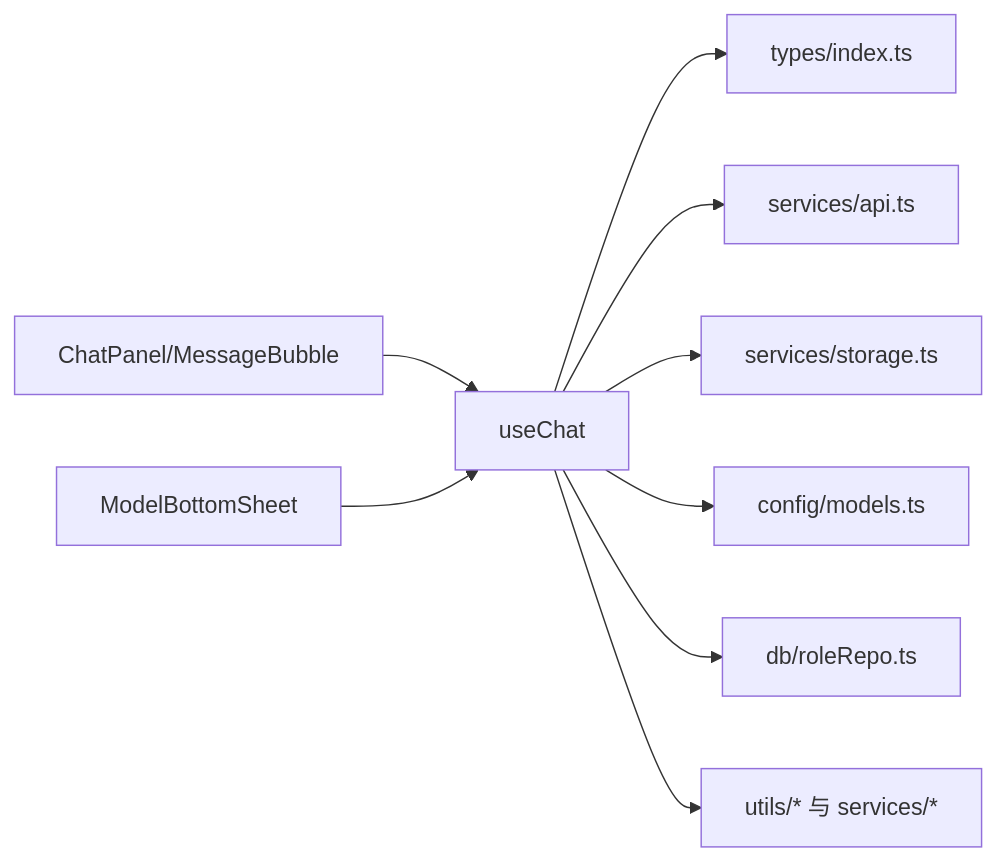
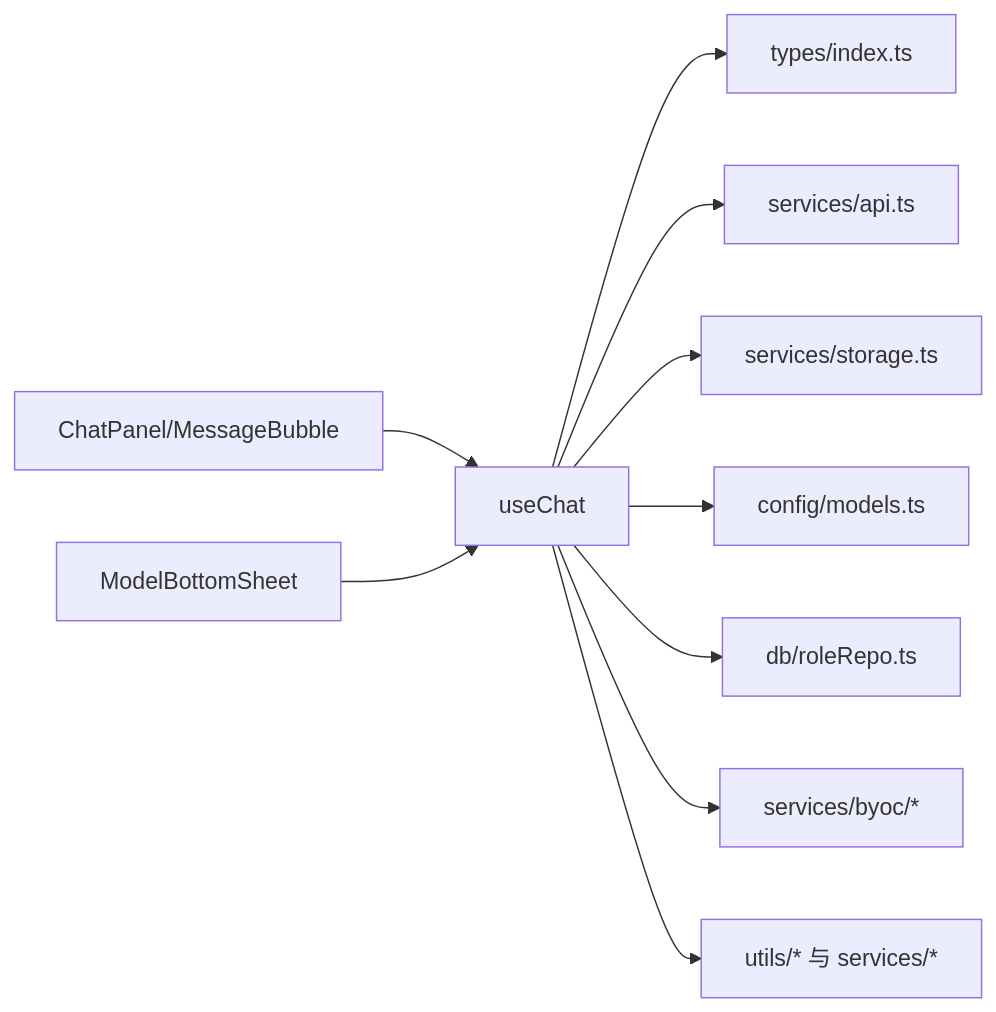
One commit to billye220670/AIShop changed the sixth of 6 diagrams in .qoder/repowiki/zh/content/聊天模块/聊天状态管理 Hook.md. Above: the diagram before and after it, drawn with Mermaid. The commit also changed other lines of this file and 30 other files, not shown here.

First line of the commit message:
fix: 修复 BYOC 自动同步与流式输出的竞态（圆点中断、Load failed、图片不可用）

````diff
--- a/.qoder/repowiki/zh/content/聊天模块/聊天状态管理 Hook.md
+++ b/.qoder/repowiki/zh/content/聊天模块/聊天状态管理 Hook.md
@@ -322,11 +355,12 @@
 ```mermaid
 graph LR
 Hook["useChat"] --> Types["types/index.ts"]
 Hook --> API["services/api.ts"]
 Hook --> Storage["services/storage.ts"]
 Hook --> Models["config/models.ts"]
 Hook --> Roles["db/roleRepo.ts"]
+Hook --> BYOC["services/byoc/*"]
 Hook --> Utils["utils/* 与 services/*"]
 UI["ChatPanel/MessageBubble"] --> Hook
 RoleSelector["ModelBottomSheet"] --> Hook
 ```
````
